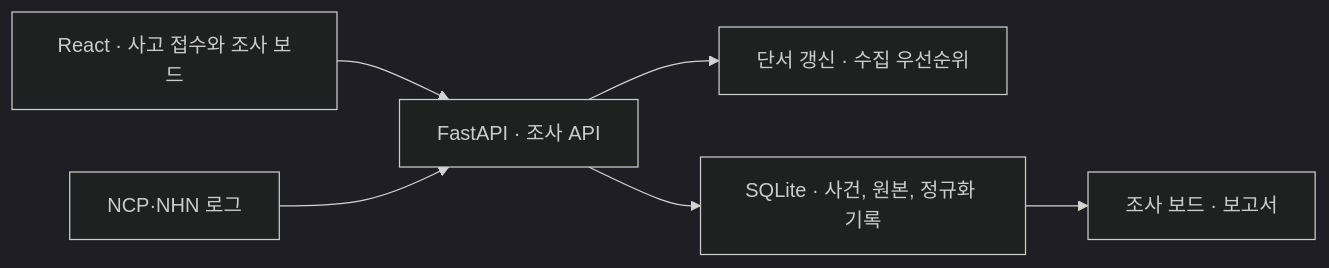
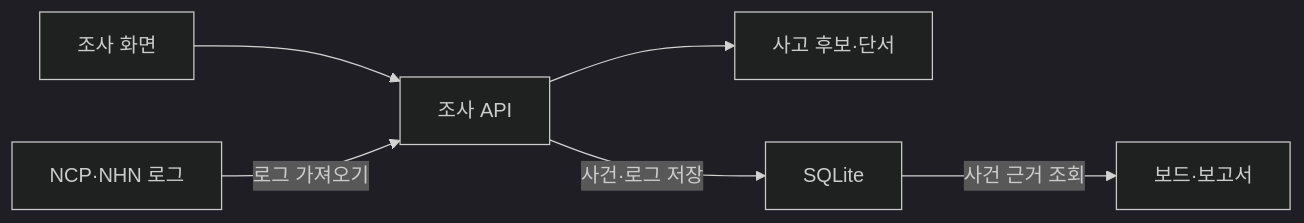
The first of 2 diagrams in docs/investigation-board.md (acvbbnm/cloud), drawn with Mermaid (dark theme) before and after one commit. The commit also changed other lines of this file and 9 other files, not shown here.

```diff
--- a/docs/investigation-board.md
+++ b/docs/investigation-board.md
@@ -13,8 +13,8 @@
 ~~~mermaid
 flowchart LR
-    UI["React · 사고 접수와 조사 보드"] --> API["FastAPI · 조사 API"]
-    LOG["NCP·NHN 로그"] --> API
-    API --> ENGINE["단서 갱신 · 수집 우선순위"]
-    API --> DB["SQLite · 사건, 원본, 정규화 기록"]
-    DB --> OUT["조사 보드 · 보고서"]
+    UI["조사 화면"] --> API["조사 API"]
+    LOG["NCP·NHN 로그"] -->|"로그 가져오기"| API
+    API --> ENGINE["사고 후보·단서"]
+    API -->|"사건·로그 저장"| DB["SQLite"]
+    DB -->|"사건 근거 조회"| OUT["보드·보고서"]
 ~~~
```
